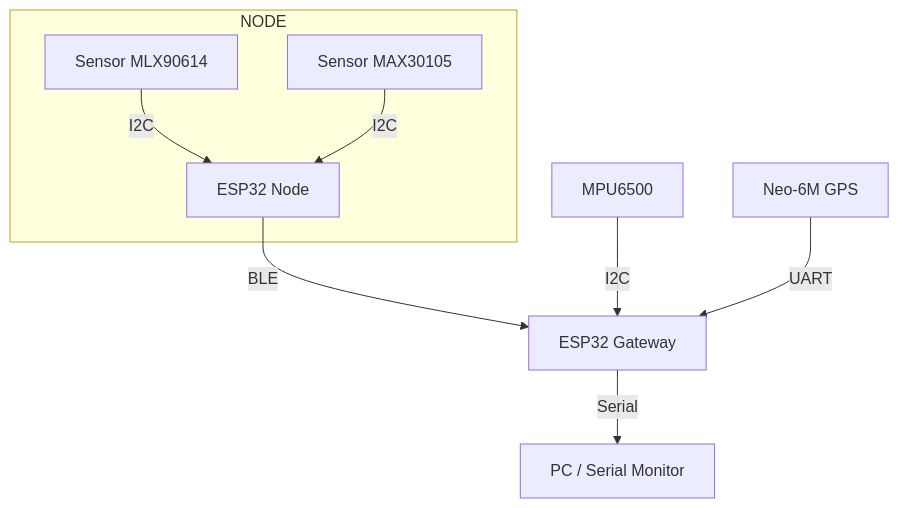
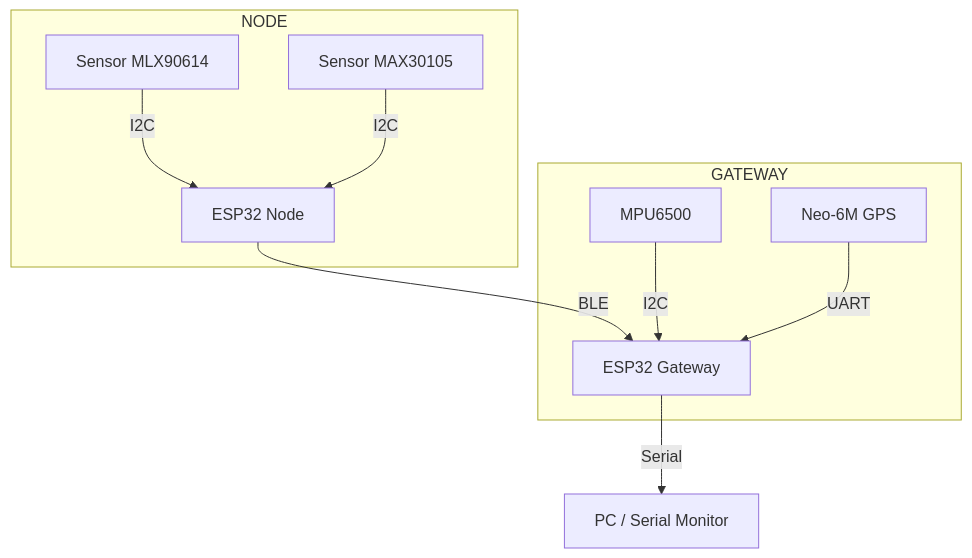
One commit to mhmdnvn18/MATKUL_KEAMANAN-JARINGAN changed the diagram in README.md. Above: the diagram before and after it, drawn with Mermaid.

````diff
--- a/README.md
+++ b/README.md
@@ -5,11 +5,14 @@
 ```mermaid
 flowchart TD
     subgraph NODE
         A[Sensor MLX90614] -- I2C --> B[ESP32 Node]
         B1[Sensor MAX30105] -- I2C --> B
     end
-    B -- BLE --> C[ESP32 Gateway]
-    E[MPU6500] -- I2C --> C
-    F[Neo-6M GPS] -- UART --> C
+    B -- BLE --> C
+    subgraph GATEWAY
+        C[ESP32 Gateway]
+        E[MPU6500] -- I2C --> C
+        F[Neo-6M GPS] -- UART --> C
+    end
     C -- Serial --> D[PC / Serial Monitor]
 ```
````
